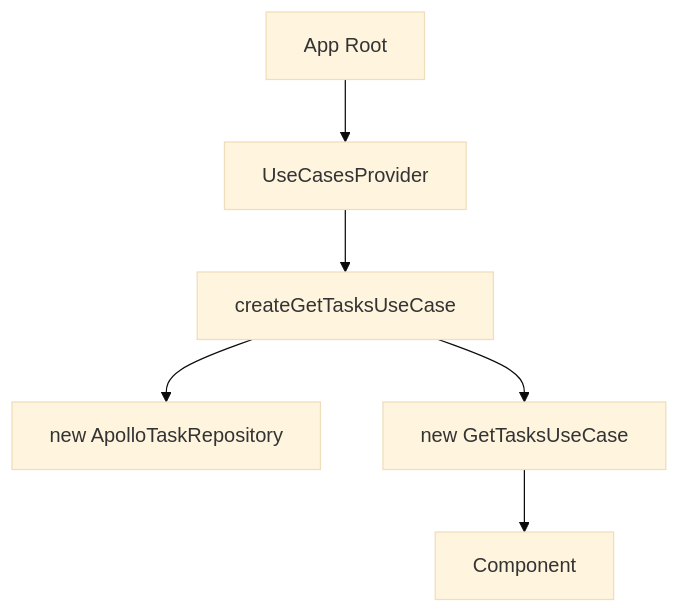
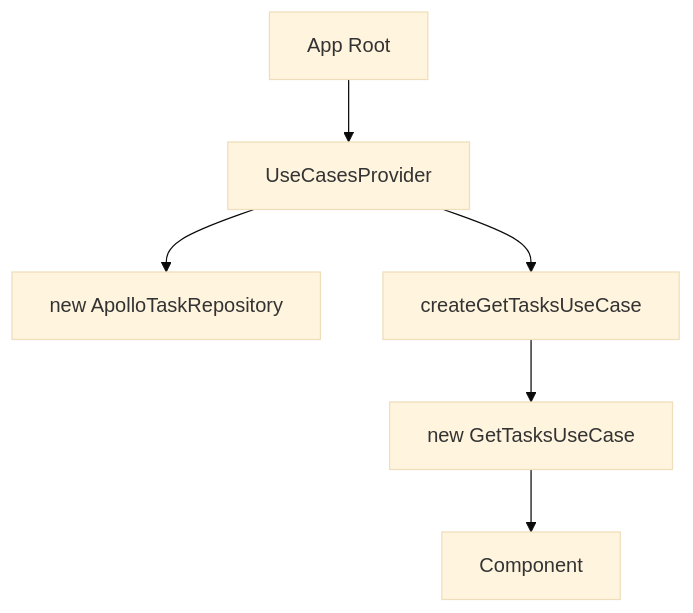
One commit to LeoVitale/vita-product-boilerplate changed the diagram in docs/patterns/composition-root.en.md. Above: the diagram before and after it, drawn with Mermaid (base theme). The commit also changed other lines of this file and 12 other files, not shown here.

First line of the commit message:
refactor(arch): inject repo interface in factory

````diff
--- a/docs/patterns/composition-root.en.md
+++ b/docs/patterns/composition-root.en.md
@@ -108,8 +117,8 @@
 ```mermaid
 graph TD
     App[App Root] --> Provider[UseCasesProvider]
+    Provider --> Repo[new ApolloTaskRepository]
     Provider --> Factory[createGetTasksUseCase]
-    Factory --> Repo[new ApolloTaskRepository]
     Factory --> UseCase[new GetTasksUseCase]
     UseCase --> Component[Component]
 ```
````
